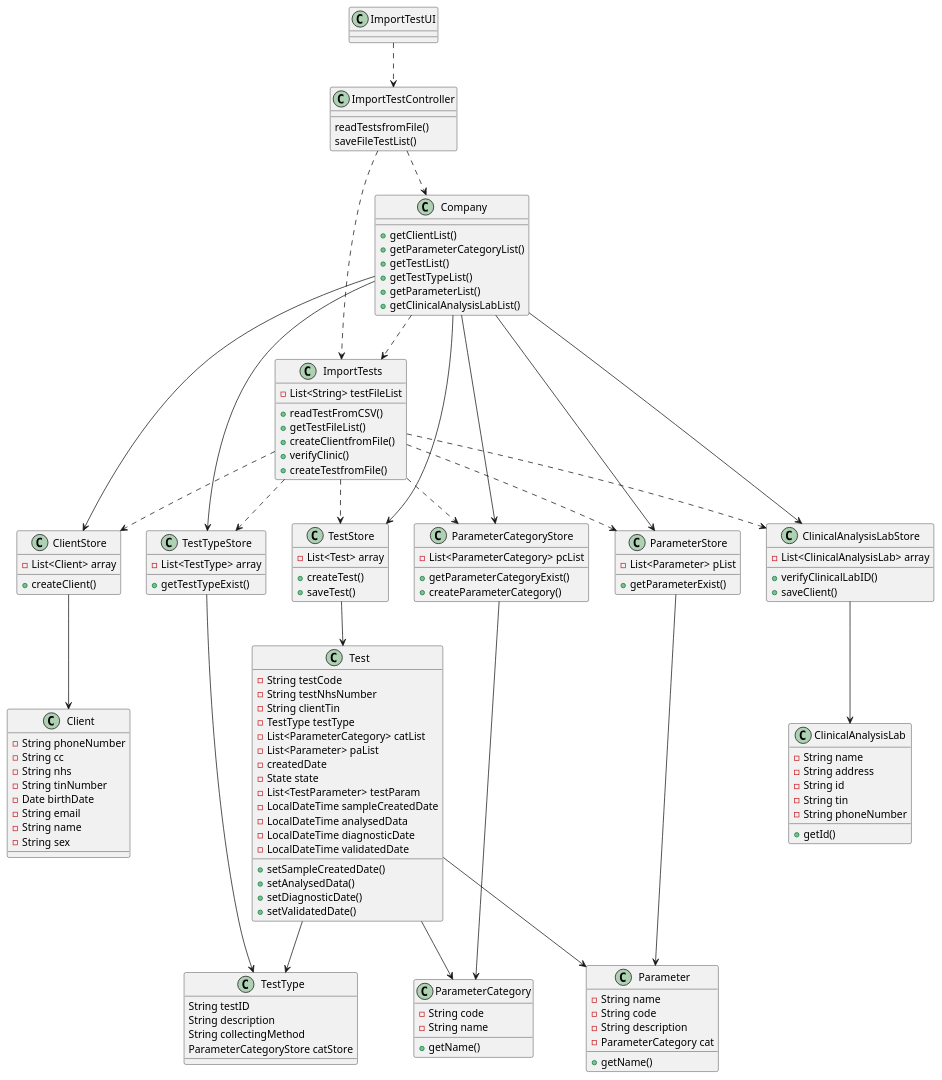
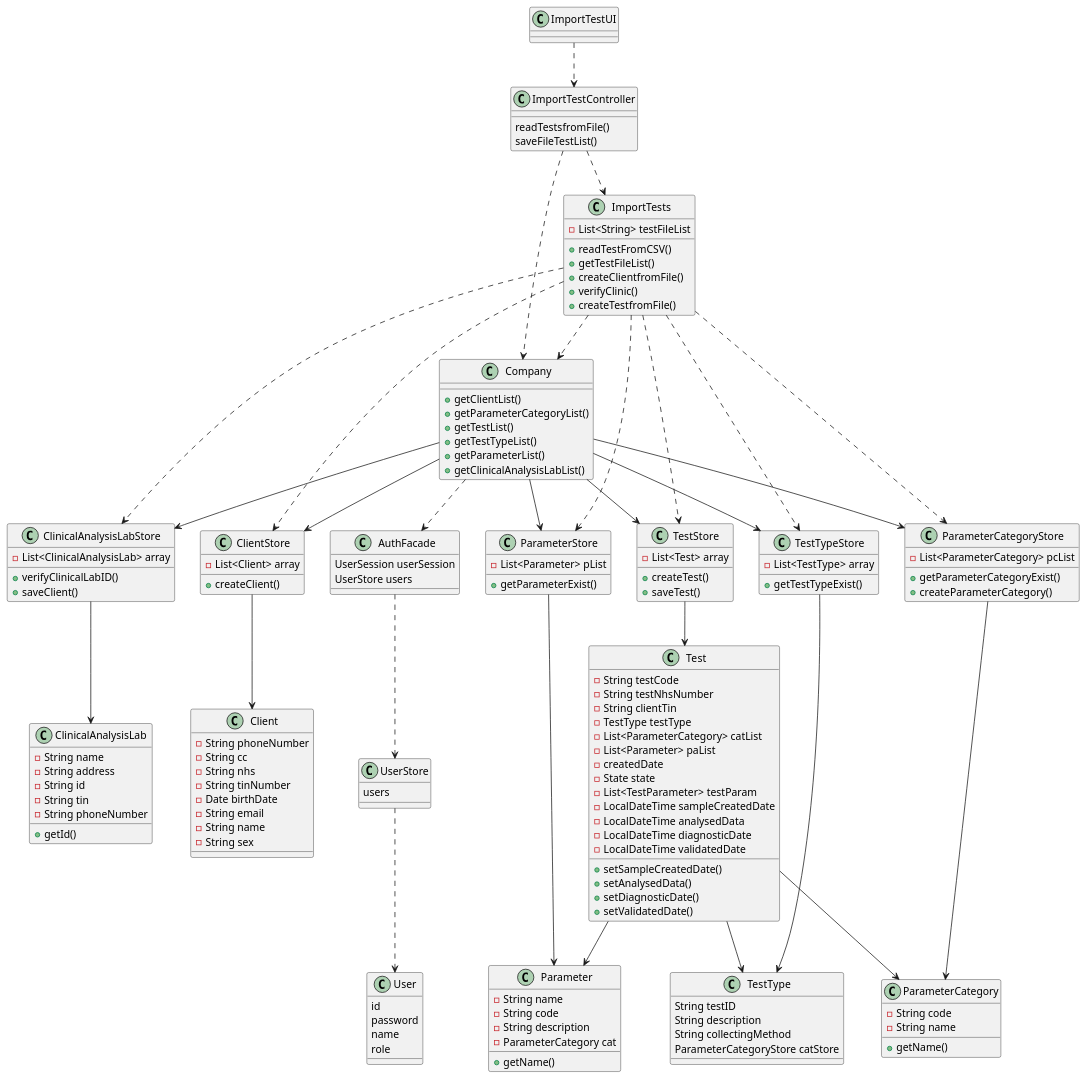
The diagram in docs/SprintD/US17/US17_CD.puml (MarianaCLages/LAPR2), drawn with PlantUML before and after one commit. The commit also changed 1 other file, not shown here.

```diff
--- a/docs/SprintD/US17/US17_CD.puml
+++ b/docs/SprintD/US17/US17_CD.puml
@@ -1,150 +1,165 @@
 @startuml
 
 class ImportTestUI{
 }
 
 class ImportTestController{
 readTestsfromFile()
 saveFileTestList()
 
 
 }
 
 class TestStore{
 -List<Test> array
 +createTest()
 +saveTest()
 }
 
 class Test{
 -String testCode
 -String testNhsNumber
 -String clientTin
 -TestType testType
 -List<ParameterCategory> catList
 -List<Parameter> paList
 -createdDate
 -State state
 -List<TestParameter> testParam
 -LocalDateTime sampleCreatedDate
 -LocalDateTime analysedData
 -LocalDateTime diagnosticDate
 -LocalDateTime validatedDate
 +setSampleCreatedDate()
 +setAnalysedData()
 +setDiagnosticDate()
 +setValidatedDate()
 }
 
 class Company{
 
 +getClientList()
 +getParameterCategoryList()
 +getTestList()
 +getTestTypeList()
 +getParameterList()
 +getClinicalAnalysisLabList()
 
 }
 
 class ImportTests{
 -List<String> testFileList
 +readTestFromCSV()
 +getTestFileList()
 +createClientfromFile()
 +verifyClinic()
 +createTestfromFile()
 }
 
 class ClinicalAnalysisLabStore{
 -List<ClinicalAnalysisLab> array
 +verifyClinicalLabID()
 +saveClient()
 }
 class ClinicalAnalysisLab{
 -String name
 -String address
 -String id
 -String tin
 -String phoneNumber
 +getId()
 }
-
+class AuthFacade{
+UserSession userSession
+UserStore users
+}
+class UserStore{
+users
+}
+class User{
+id
+password
+name
+role
+}
 
 class ClientStore{
 -List<Client> array
 +createClient()
 }
 
 class Client{
 -String phoneNumber
 -String cc
 -String nhs
 -String tinNumber
 -Date birthDate
 -String email
 -String name
 -String sex
 
 }
 class ParameterStore{
 -List<Parameter> pList
 +getParameterExist()
 }
 class Parameter{
 -String name
 -String code
 -String description
 -ParameterCategory cat
 +getName()
 }
 class TestTypeStore{
 -List<TestType> array
 +getTestTypeExist()
 }
 class TestType{
 String testID
 String description
 String collectingMethod
 ParameterCategoryStore catStore
 }
 
 class ParameterCategoryStore{
 -List<ParameterCategory> pcList
 +getParameterCategoryExist()
 +createParameterCategory()
 }
 class ParameterCategory{
 -String code
 -String name
 +getName()
 }
 
 ImportTestUI ..> ImportTestController
 ImportTestController ..> ImportTests
 ImportTestController ..> Company
-Company ..> ImportTests
+ImportTests ..> Company
 Company --> ClinicalAnalysisLabStore
 Company --> ClientStore
 Company -->TestStore
 Company --> ParameterStore
 Company --> ParameterCategoryStore
 Company --> TestTypeStore
 TestTypeStore --> TestType
 Test --> TestType
 ParameterStore --> Parameter
 ParameterCategoryStore --> ParameterCategory
 ClientStore --> Client
 TestStore --> Test
 Test --> Parameter
 Test --> ParameterCategory
 ClinicalAnalysisLabStore --> ClinicalAnalysisLab
 ImportTests ..> TestTypeStore
 ImportTests ..> ParameterCategoryStore
 ImportTests ..> ParameterStore
 ImportTests ..> ClinicalAnalysisLabStore
 ImportTests ..> TestStore
 ImportTests ..> ClientStore
+Company ..> AuthFacade
+AuthFacade ..> UserStore
+UserStore ..> User
 
 
 @enduml
```
